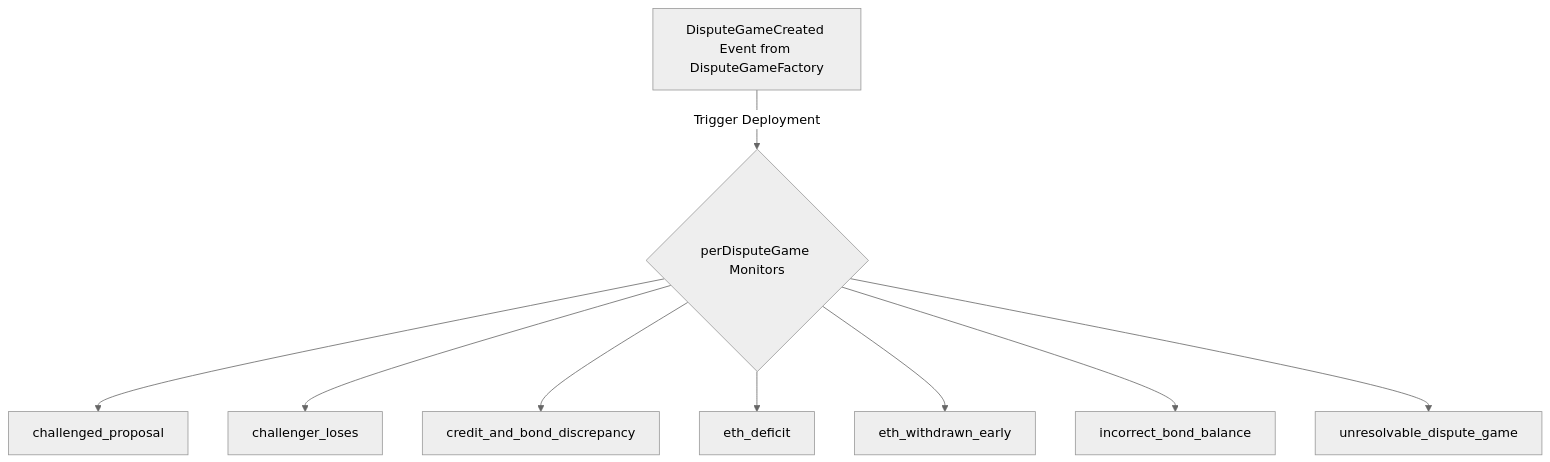
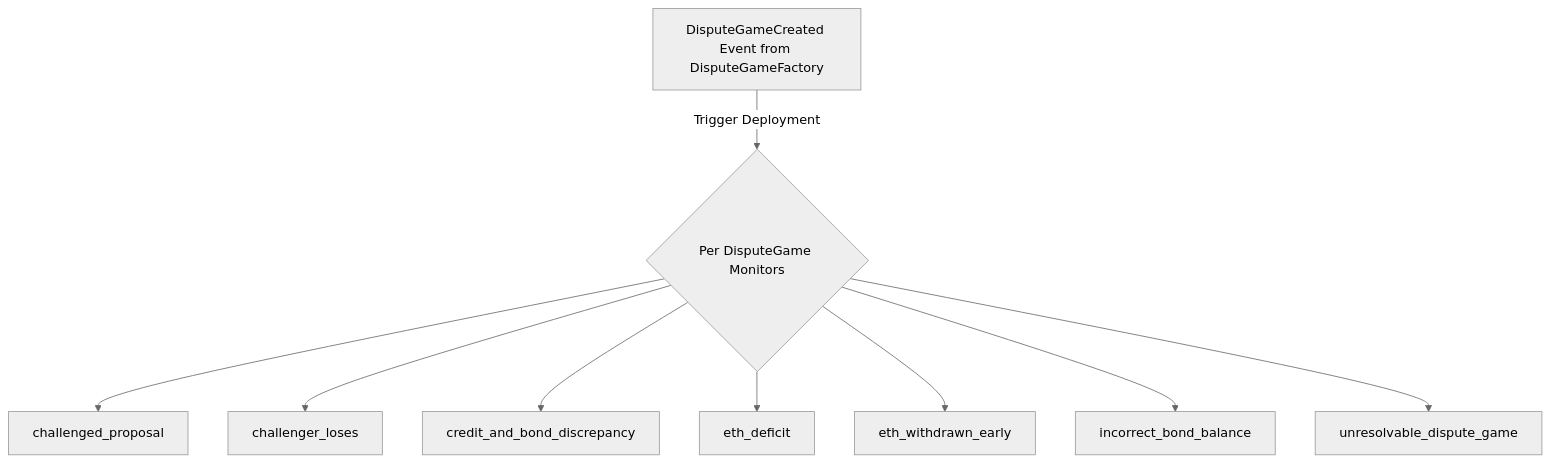
Before and after one commit to nazari63/fault-proof-monitors: the first of 2 diagrams in README.md, drawn with Mermaid (neutral theme). The commit also changed other lines of this file, not shown here.

Commit message:
Small README changes

````diff
--- a/README.md
+++ b/README.md
@@ -61,11 +61,11 @@
 ```mermaid
 flowchart TD
-    A[DisputeGameCreated Event from DisputeGameFactory] -->|Trigger Deployment| B{perDisputeGame Monitors}
+    A[DisputeGameCreated Event from DisputeGameFactory] -->|Trigger Deployment| B{Per DisputeGame Monitors}
     B --> C[challenged_proposal]
     B --> D[challenger_loses]
     B --> E[credit_and_bond_discrepancy]
     B --> F[eth_deficit]
     B --> G[eth_withdrawn_early]
     B --> H[incorrect_bond_balance]
     B --> I[unresolvable_dispute_game]
 ```
````
